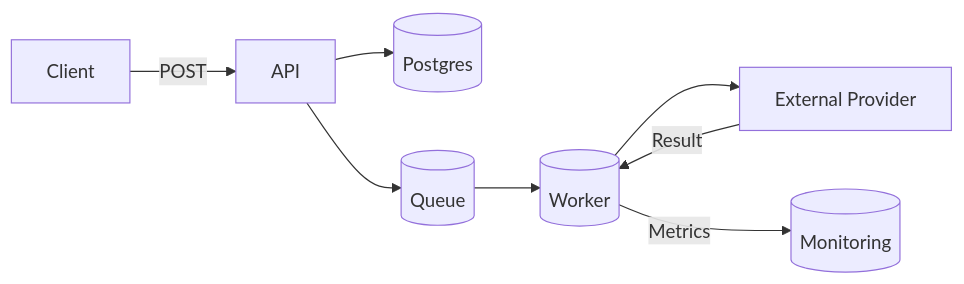
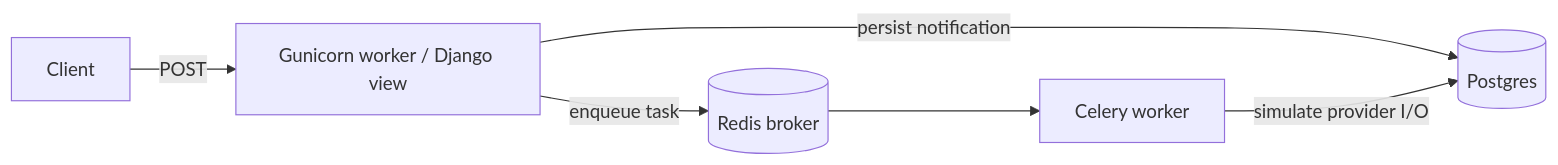
The diagram in README.md (BrownMunda1/notification-service), drawn with Mermaid before and after one commit. The commit also changed other lines of this file, not shown here.

````diff
--- a/README.md
+++ b/README.md
@@ -67,10 +64,8 @@
 ```mermaid
 flowchart LR
-	Client-->|POST|API[API]
-	API-->DB[(Postgres)]
-	API-->Queue[(Queue)]
-	Queue-->Worker[(Worker)]
-	Worker-->External[External Provider]
-	External-->|Result|Worker
-	Worker-->|Metrics|Monitoring[(Monitoring)]
+    Client -->|POST| API[Gunicorn worker / Django view]
+    API -->|persist notification| DB[(Postgres)]
+    API -->|enqueue task| Redis[(Redis broker)]
+    Redis --> Worker[Celery worker]
+    Worker -->|simulate provider I/O| DB
 ```
````
